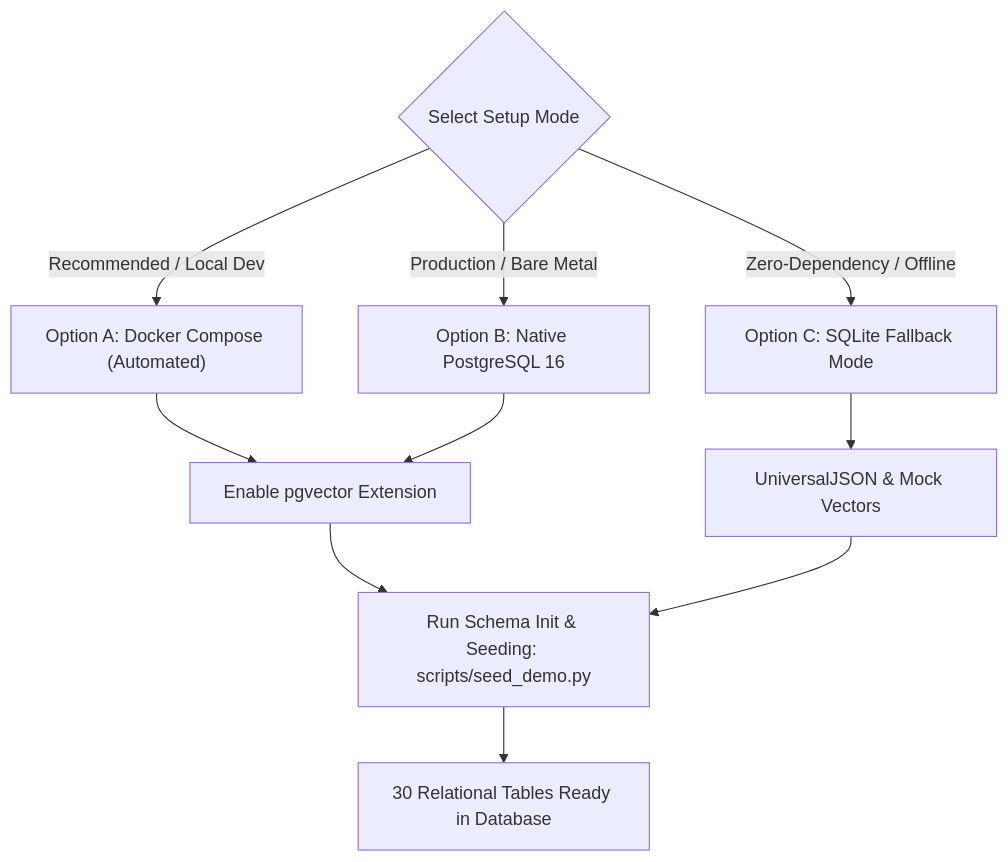
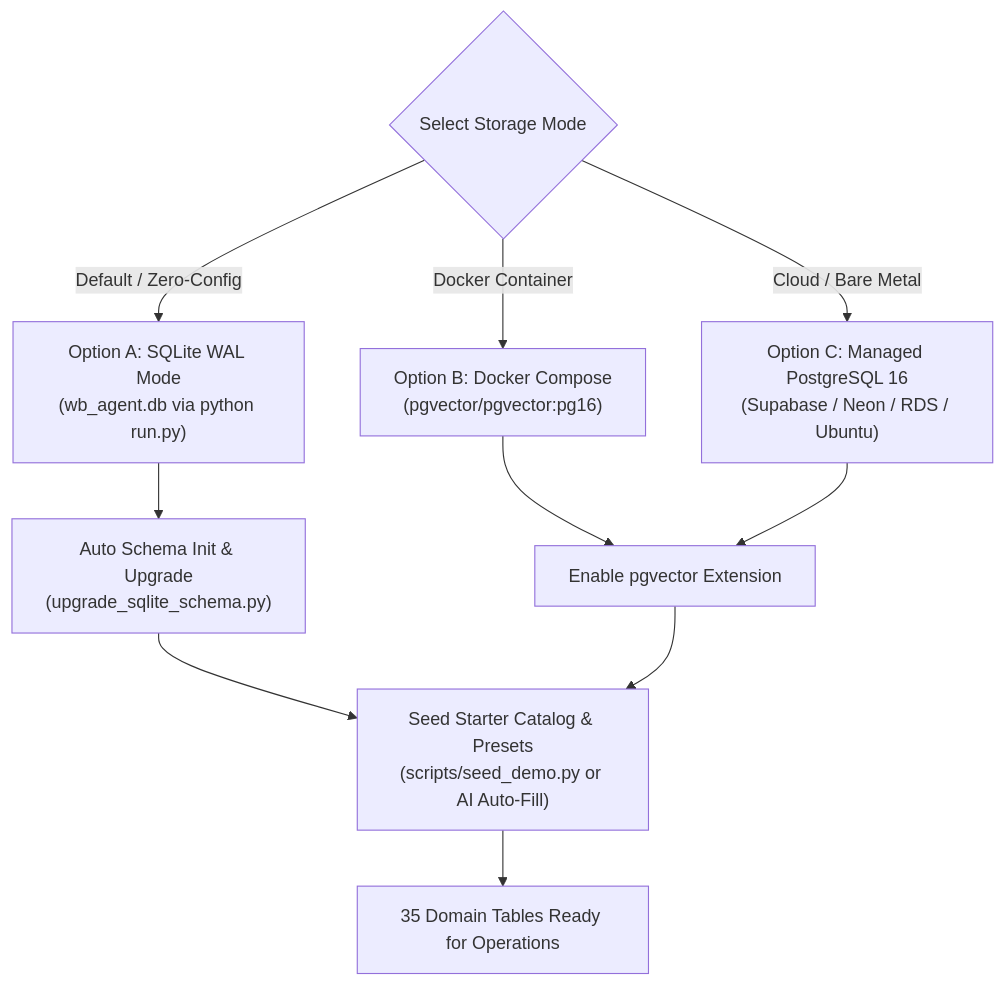
Before and after one commit to naborajs/wb-agent: the diagram in assets docs/setup/02-database-and-pgvector-setup.md, drawn with Mermaid. The commit also changed other lines of this file and 8 other files, not shown here.

Commit message:
docs(setup): update setup guides 01-09 with zero-config SQLite default, fix broken wikilinks, and remove hardcoded phone numbers

````diff
--- a/assets docs/setup/02-database-and-pgvector-setup.md
+++ b/assets docs/setup/02-database-and-pgvector-setup.md
@@ -21,15 +21,15 @@
 ```mermaid
 flowchart TD
-    Choice{"Select Setup Mode"} -->|Recommended / Local Dev| Docker["Option A: Docker Compose (Automated)"]
-    Choice -->|Production / Bare Metal| Native["Option B: Native PostgreSQL 16"]
-    Choice -->|Zero-Dependency / Offline| SQLite["Option C: SQLite Fallback Mode"]
+    Choice{"Select Storage Mode"} -->|Default / Zero-Config| SQLite["Option A: SQLite WAL Mode\n(wb_agent.db via python run.py)"]
+    Choice -->|Docker Container| Docker["Option B: Docker Compose\n(pgvector/pgvector:pg16)"]
+    Choice -->|Cloud / Bare Metal| Native["Option C: Managed PostgreSQL 16\n(Supabase / Neon / RDS / Ubuntu)"]
 
+    SQLite --> AutoMig["Auto Schema Init & Upgrade\n(upgrade_sqlite_schema.py)"]
     Docker --> Ext["Enable pgvector Extension"]
     Native --> Ext
-    SQLite --> Mock["UniversalJSON & Mock Vectors"]
 
-    Ext --> Migrate["Run Schema Init & Seeding: scripts/seed_demo.py"]
-    Mock --> Migrate
+    AutoMig --> Seed["Seed Starter Catalog & Presets\n(scripts/seed_demo.py or AI Auto-Fill)"]
+    Ext --> Seed
 
-    Migrate --> Ready["30 Relational Tables Ready in Database"]
+    Seed --> Ready["35 Domain Tables Ready for Operations"]
 ```
````
